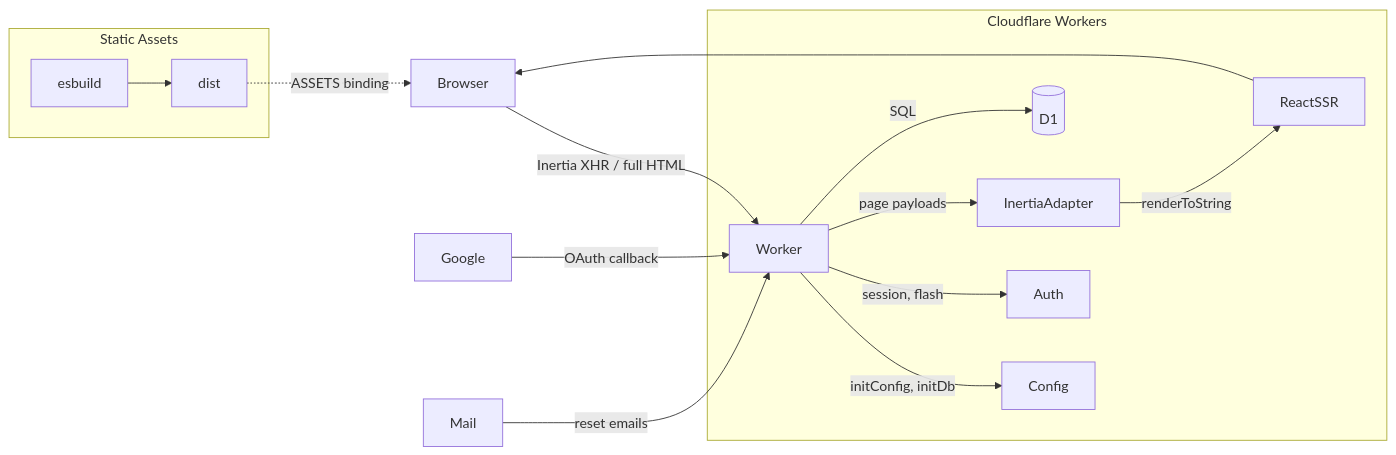
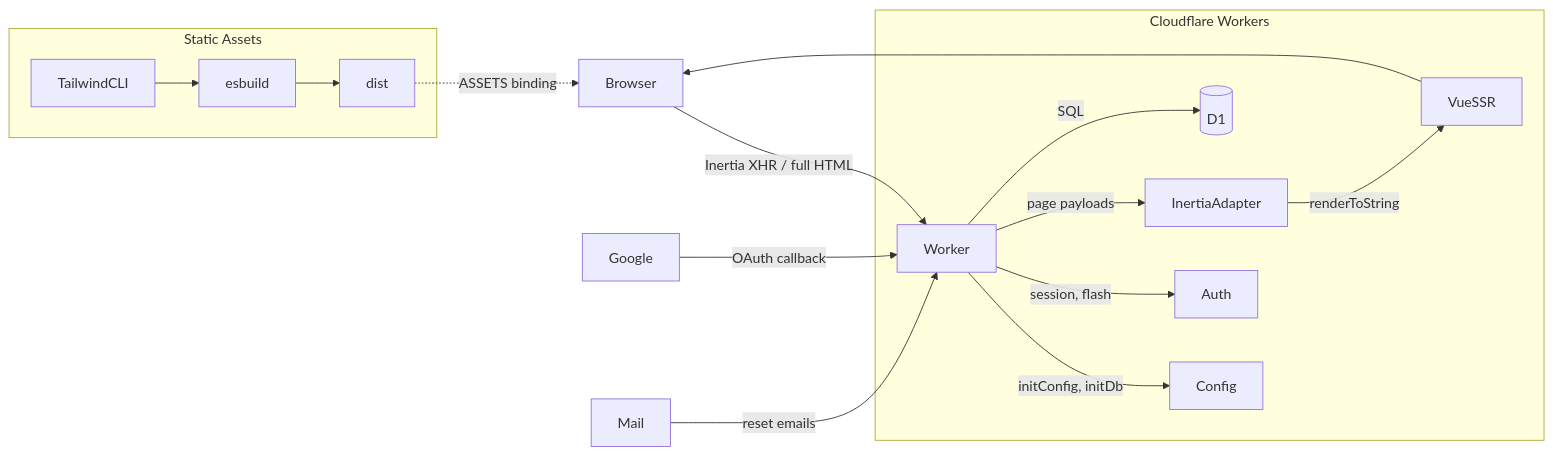
Before and after one commit to avathurrahman/kilat: the diagram in README.md, drawn with Mermaid. The commit also changed other lines of this file and 1 other file, not shown here.

Commit message:
docs: customize AGENTS.md and README.md for vue-tailwind template

````diff
--- a/README.md
+++ b/README.md
@@ -16,18 +19,19 @@
 ```mermaid
 flowchart LR
   Browser -->|Inertia XHR / full HTML| Worker
   subgraph Cloudflare Workers
     Worker -->|initConfig, initDb| Config
     Worker -->|session, flash| Auth
     Worker -->|page payloads| InertiaAdapter
-    InertiaAdapter -->|renderToString| ReactSSR
+    InertiaAdapter -->|renderToString| VueSSR
     Worker -->|SQL| D1[(D1)]
   end
-  ReactSSR --> Browser
+  VueSSR --> Browser
   Google -->|OAuth callback| Worker
   Mail -->|reset emails| Worker
   subgraph Static Assets
+    TailwindCLI --> esbuild
     esbuild --> dist
   end
   dist -.->|ASSETS binding| Browser
 ```
````
